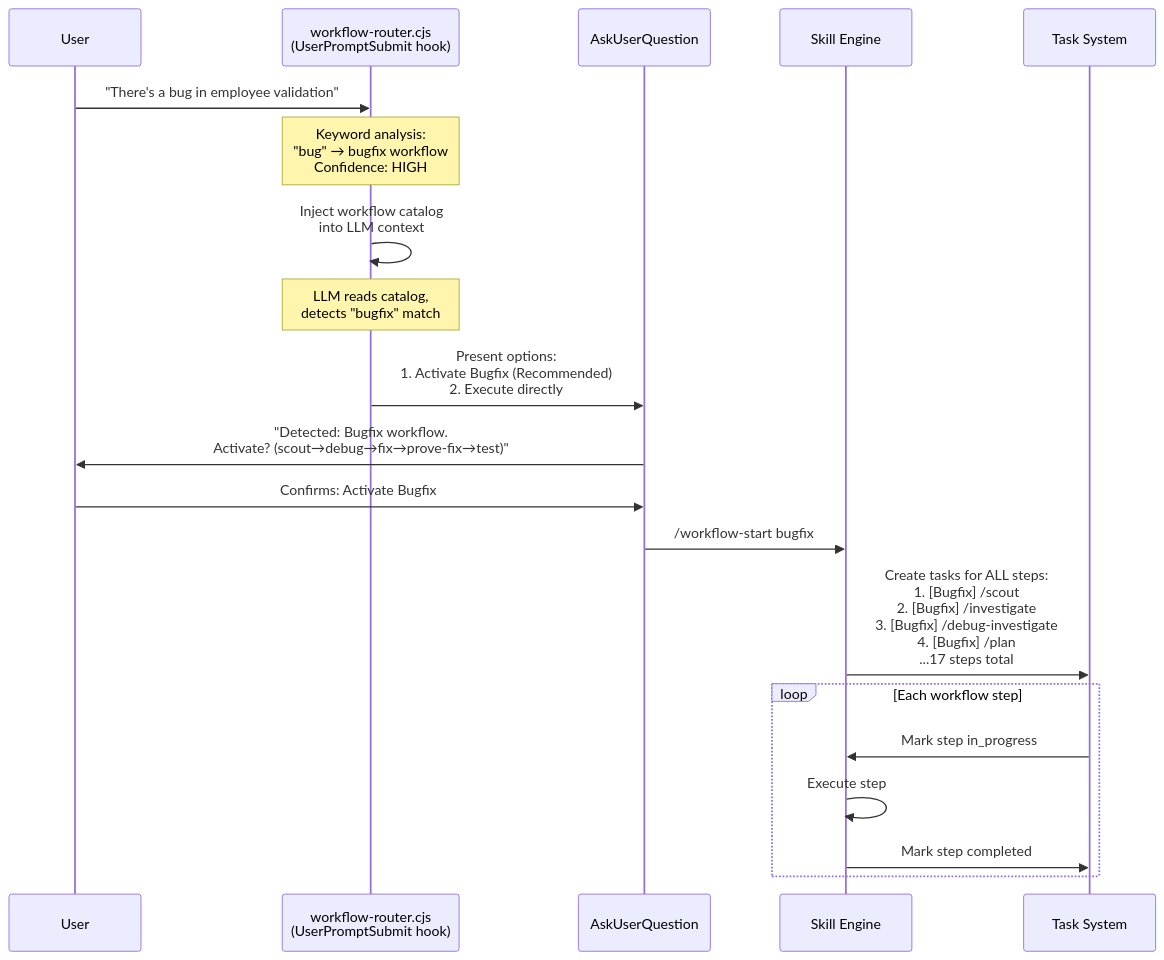
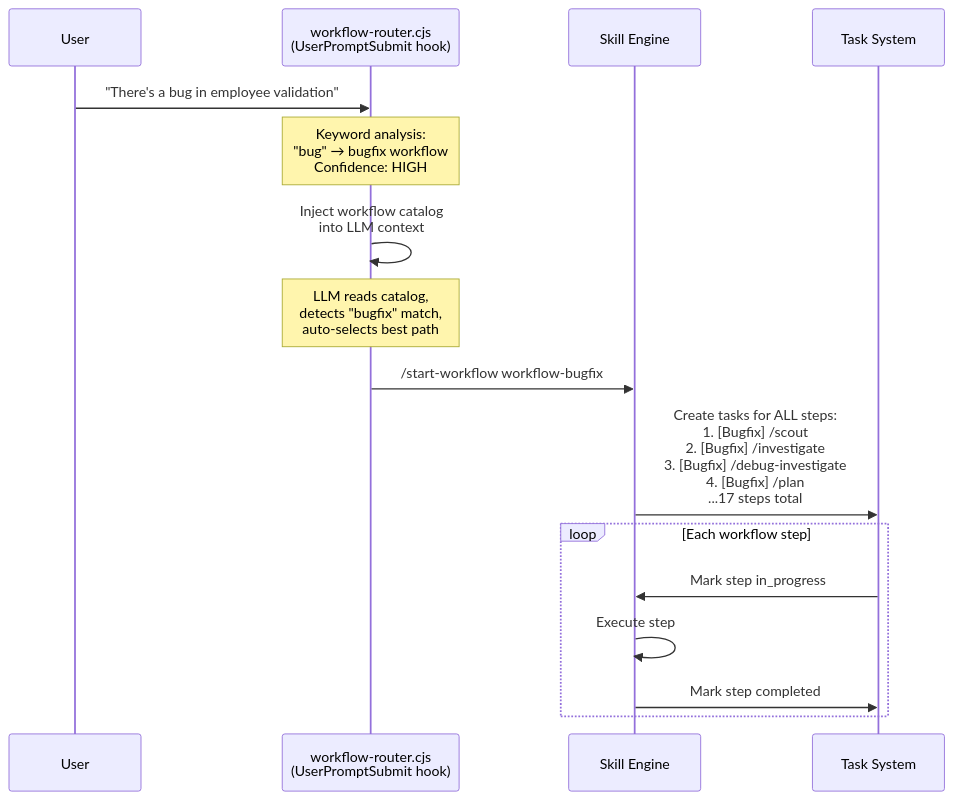
One commit to duc01226/EasyPlatform changed the seventh of 20 diagrams in .claude/docs/claude-ai-agent-framework-guide.md. Above: the diagram before and after it, drawn with Mermaid. The commit also changed other lines of this file and 1207 other files, not shown here.

````diff
--- a/.claude/docs/claude-ai-agent-framework-guide.md
+++ b/.claude/docs/claude-ai-agent-framework-guide.md
@@ -858,32 +852,25 @@
 ```mermaid
 sequenceDiagram
     participant User
     participant Router as workflow-router.cjs<br/>(UserPromptSubmit hook)
-    participant Ask as AskUserQuestion
     participant Skill as Skill Engine
     participant Todo as Task System
 
     User->>Router: "There's a bug in employee validation"
 
     Note over Router: Keyword analysis:<br/>"bug" → bugfix workflow<br/>Confidence: HIGH
 
     Router->>Router: Inject workflow catalog<br/>into LLM context
 
-    Note over Router: LLM reads catalog,<br/>detects "bugfix" match
+    Note over Router: LLM reads catalog,<br/>detects "bugfix" match,<br/>auto-selects best path
 
-    Router->>Ask: Present options:<br/>1. Activate Bugfix (Recommended)<br/>2. Execute directly
-
-    Ask->>User: "Detected: Bugfix workflow.<br/>Activate? (scout→debug→fix→prove-fix→test)"
-
-    User->>Ask: Confirms: Activate Bugfix
-
-    Ask->>Skill: /workflow-start bugfix
+    Router->>Skill: /start-workflow workflow-bugfix
 
     Skill->>Todo: Create tasks for ALL steps:<br/>1. [Bugfix] /scout<br/>2. [Bugfix] /investigate<br/>3. [Bugfix] /debug-investigate<br/>4. [Bugfix] /plan<br/>...17 steps total
 
     loop Each workflow step
         Todo->>Skill: Mark step in_progress
         Skill->>Skill: Execute step
         Skill->>Todo: Mark step completed
     end
 ```
````
